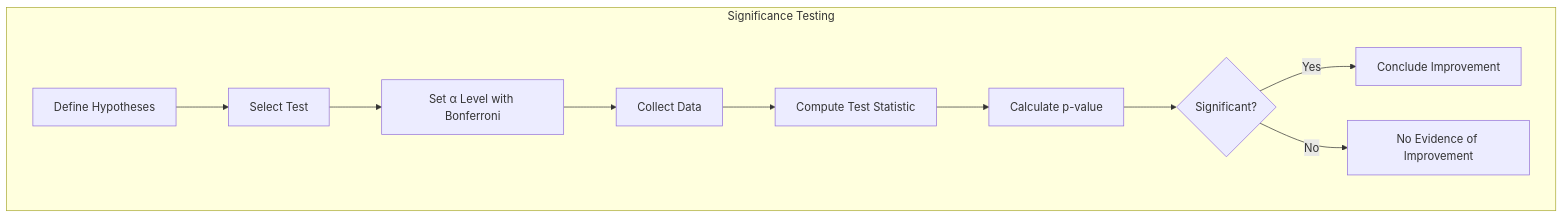
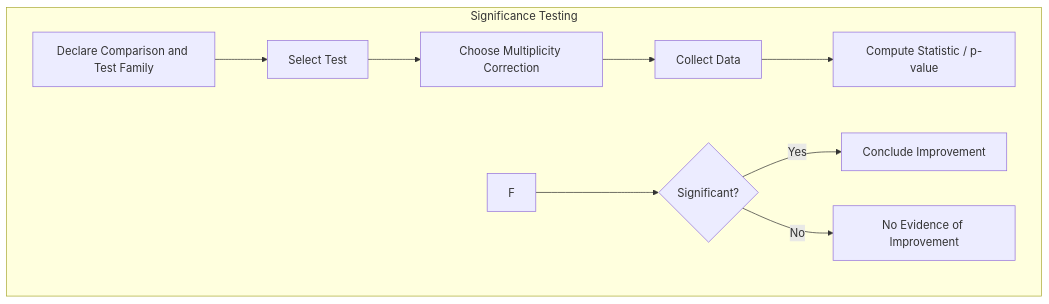
One commit to Evintkoo/2048-ml changed the first of 5 diagrams in plans/07-Benchmarking/04-Analysis/03-significance-testing.md. Above: the diagram before and after it, drawn with Mermaid. The commit also changed other lines of this file and 67 other files, not shown here.

````diff
--- a/plans/07-Benchmarking/04-Analysis/03-significance-testing.md
+++ b/plans/07-Benchmarking/04-Analysis/03-significance-testing.md
@@ -20,13 +20,12 @@
 ```mermaid
 flowchart TD
     subgraph "Significance Testing"
-        A[Define Hypotheses] --> B[Select Test]
-        B --> C[Set α Level with Bonferroni]
+        A[Declare Comparison and Test Family] --> B[Select Test]
+        B --> C[Choose Multiplicity Correction]
         C --> D[Collect Data]
-        D --> E[Compute Test Statistic]
-        E --> F[Calculate p-value]
+    D --> E[Compute Statistic / p-value]
         F --> G{Significant?}
         G -->|Yes| H[Conclude Improvement]
         G -->|No| I[No Evidence of Improvement]
     end
 ```
````
